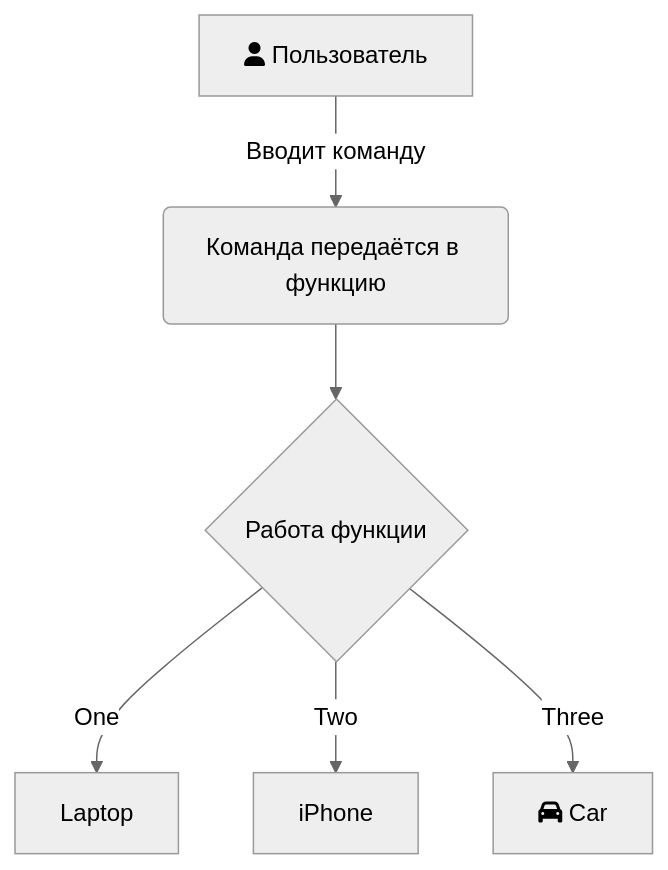
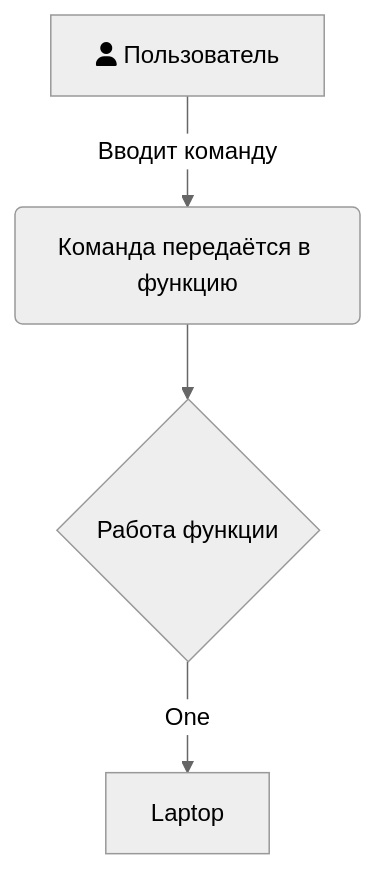
The diagram in all/не называться.md (obsmotpk/iodraw-files), drawn with Mermaid (neutral theme) before and after one commit.

Commit message:
2024-12-10 19:18:05 update

````diff
--- a/all/не называться.md
+++ b/all/не называться.md
@@ -1,8 +1,7 @@
 ```mermaid
 graph TD
     A[fa:fa-user Пользователь] -->|Вводит команду| B(Команда передаётся в функцию)
     B --> C{Работа функции}
     C -->|One| D[Laptop]
-    C -->|Two| E[iPhone]
-    C -->|Three| F[fa:fa-car Car]
+
 ```
````
